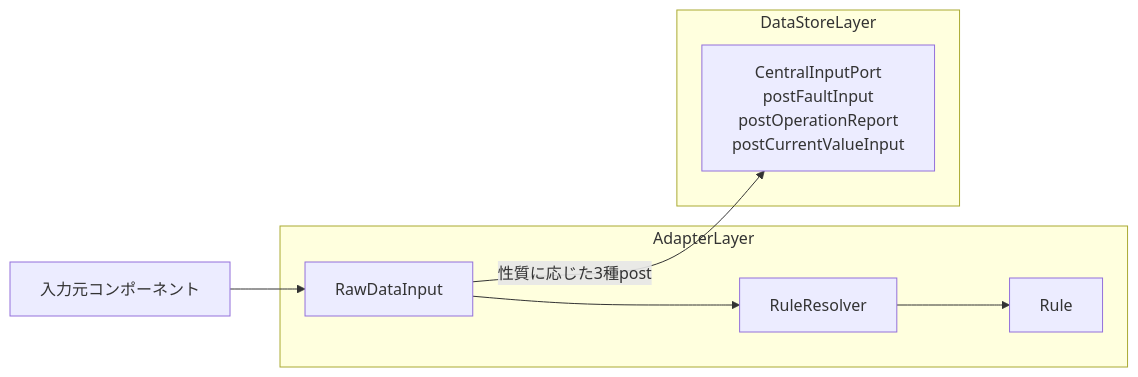
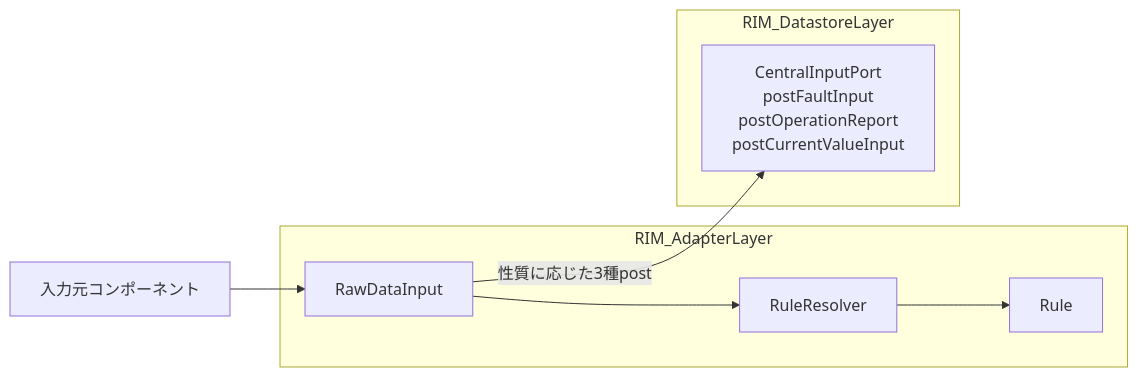
One commit to ceedling-vxworks-test-generator/printer-fw changed the second of 3 diagrams in ex/Adapter/AdapterLayer仕様設計書.md. Above: the diagram before and after it, drawn with Mermaid. The commit also changed other lines of this file and 34 other files, not shown here.

````diff
--- a/ex/Adapter/AdapterLayer仕様設計書.md
+++ b/ex/Adapter/AdapterLayer仕様設計書.md
@@ -90,20 +90,20 @@
 ```mermaid
 flowchart LR
 
     Input["入力元コンポーネント"]
 
-    subgraph AdapterLayer
+    subgraph RIM_AdapterLayer
         RawDataInput
         RuleResolver
         Rule
     end
 
-    subgraph DataStoreLayer
+    subgraph RIM_DatastoreLayer
         CIP["CentralInputPort<br/>postFaultInput<br/>postOperationReport<br/>postCurrentValueInput"]
     end
 
     Input --> RawDataInput
     RawDataInput --> RuleResolver
     RuleResolver --> Rule
     RawDataInput -->|性質に応じた3種post| CIP
 ```
````
